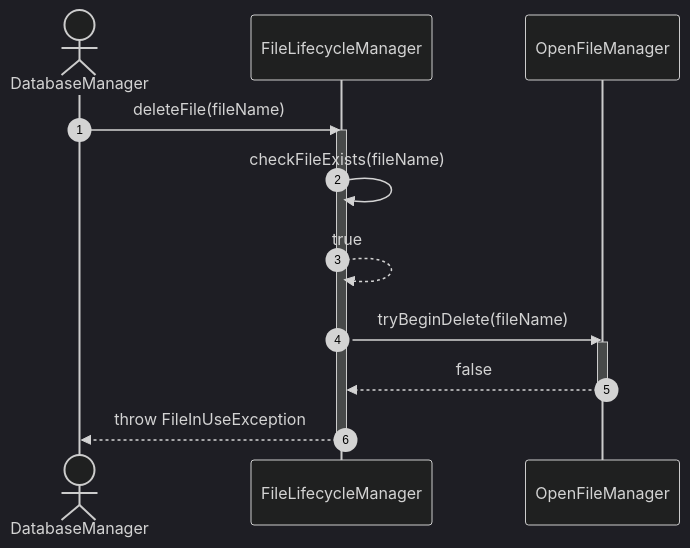
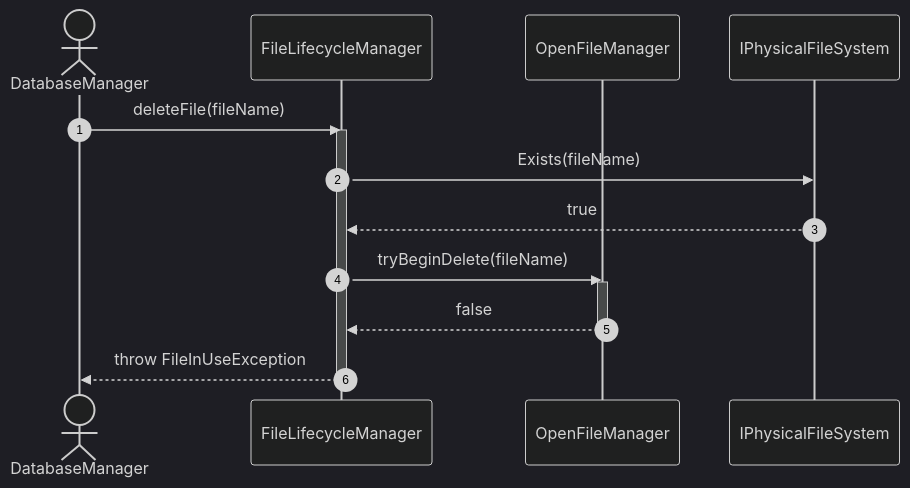
One commit to manaxpow/DBMS changed the second of 4 diagrams in docs/diagrams/sequence-diagrams/storage-engine/file-management/file-lifecycle/delete-file.md. Above: the diagram before and after it, drawn with Mermaid (dark theme). The commit also changed other lines of this file and 54 other files, not shown here.

````diff
--- a/docs/diagrams/sequence-diagrams/storage-engine/file-management/file-lifecycle/delete-file.md
+++ b/docs/diagrams/sequence-diagrams/storage-engine/file-management/file-lifecycle/delete-file.md
@@ -42,21 +46,22 @@
 ```mermaid
 sequenceDiagram
     autonumber
     actor DB as DatabaseManager
     participant LM as FileLifecycleManager
     participant OM as OpenFileManager
+    participant PFS as IPhysicalFileSystem
 
     DB->>LM: deleteFile(fileName)
     activate LM
     
-    LM->>LM: checkFileExists(fileName)
-    LM-->>LM: true
+    LM->>PFS: Exists(fileName)
+    PFS-->>LM: true
 
     LM->>OM: tryBeginDelete(fileName)
     activate OM
     OM-->>LM: false
     deactivate OM
     
     LM-->>DB: throw FileInUseException
     deactivate LM
 ```
````
